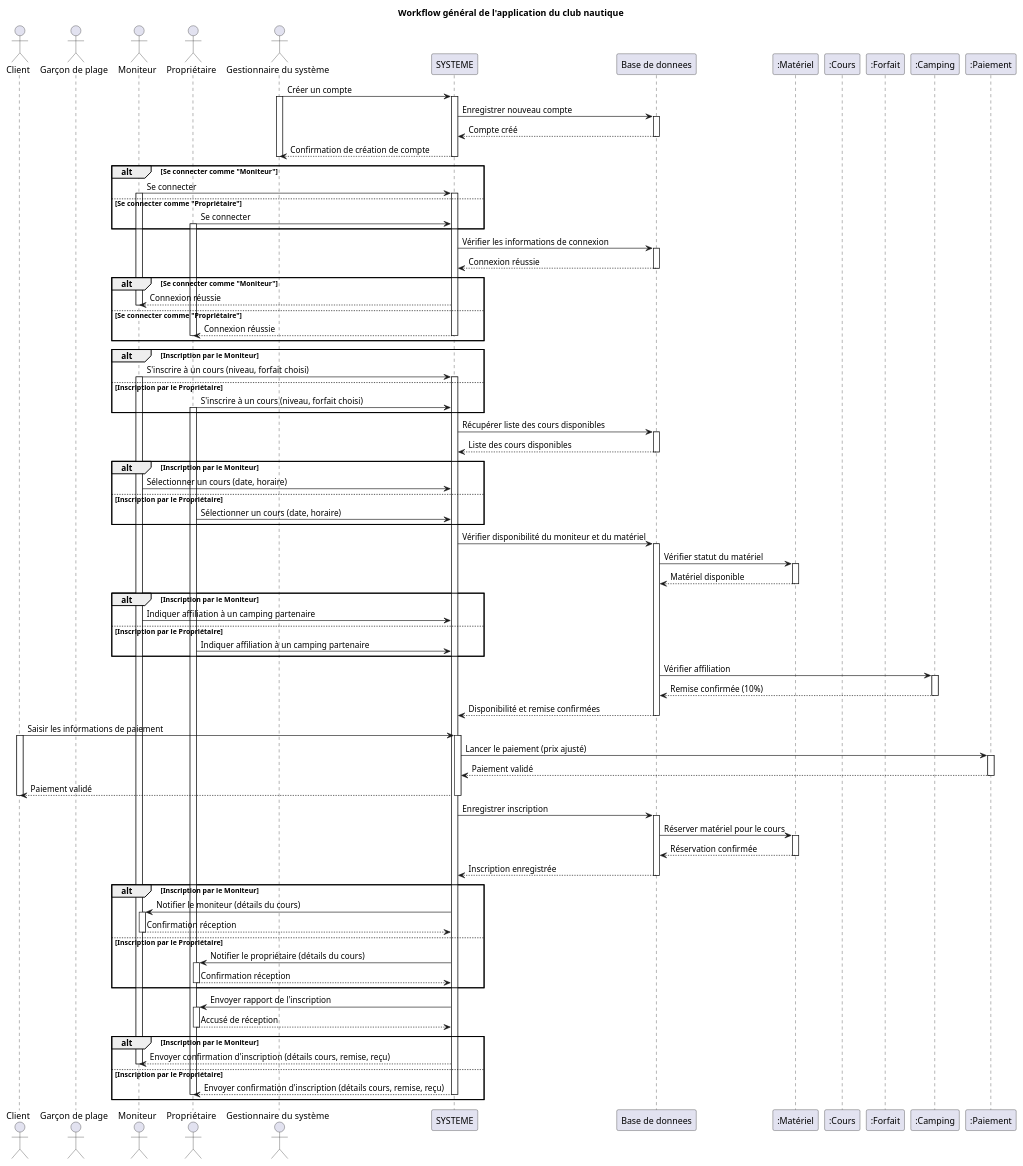
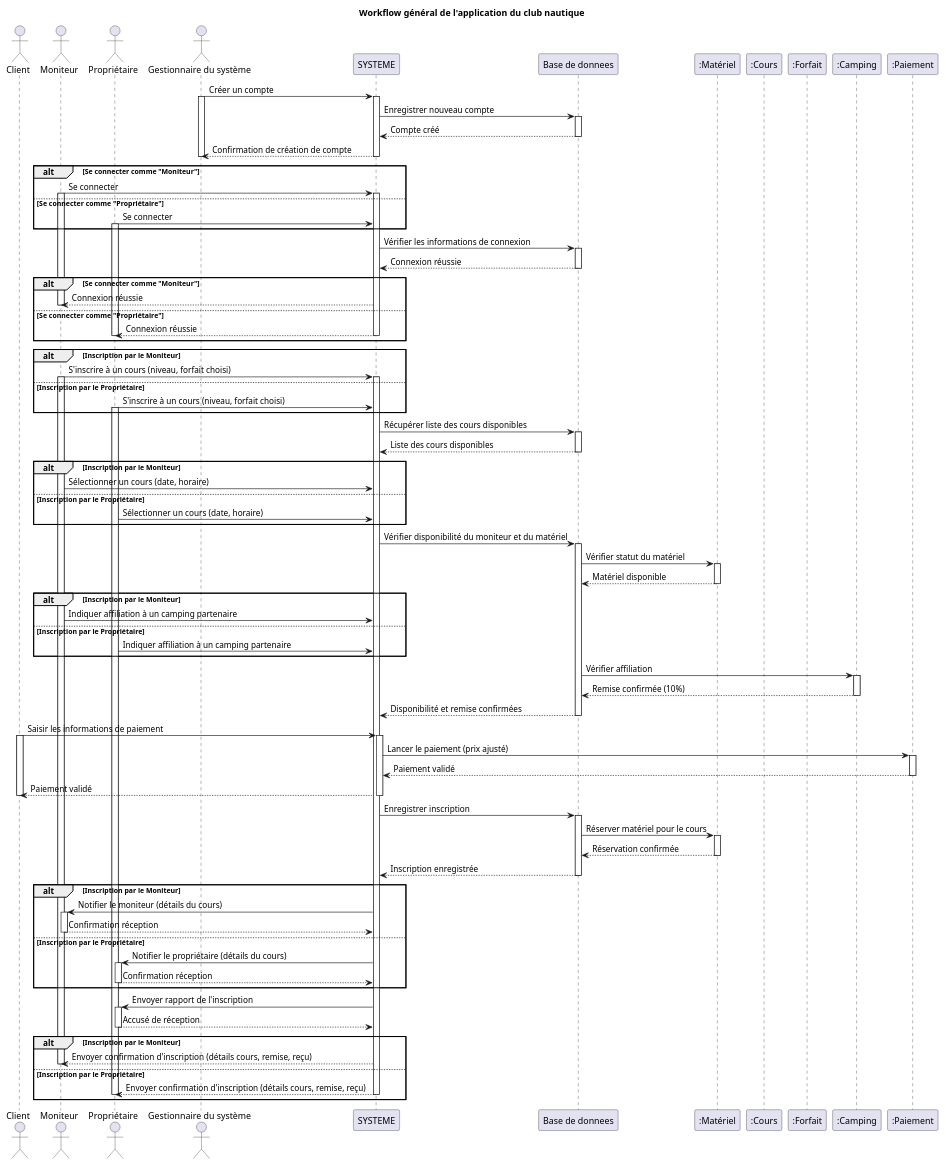
One commit to Hugo-COLLIN/MIAGE_CSI_NauticalClub changed the diagram in docs/1-analysis/sequenceDiagrams/workflowSequenceDiagram.puml. Above: the diagram before and after it, drawn with PlantUML.

Commit message:
docs: rm "Garçon De Plage"

```diff
--- a/docs/1-analysis/sequenceDiagrams/workflowSequenceDiagram.puml
+++ b/docs/1-analysis/sequenceDiagrams/workflowSequenceDiagram.puml
@@ -1,139 +1,138 @@
 @startuml
 actor Client as C
-actor "Garçon de plage" as G
 actor "Moniteur" as M
 actor "Propriétaire" as P
 actor "Gestionnaire du système" as A
 participant "SYSTEME" as App
 participant "Base de donnees" as DB
 participant ":Matériel" as Mat
 participant ":Cours" as Cour
 participant ":Forfait" as Forf
 participant ":Camping" as Camp
 participant ":Paiement" as Pay
 
 title Workflow général de l'application du club nautique
 
 A -> App : Créer un compte
 activate A
 activate App
 App -> DB : Enregistrer nouveau compte
 activate DB
 DB --> App : Compte créé
 deactivate DB
 App --> A : Confirmation de création de compte
 deactivate App
 deactivate A
 
 alt Se connecter comme "Moniteur"
     M -> App : Se connecter
     activate M
     activate App
 else Se connecter comme "Propriétaire"
     P -> App : Se connecter
     activate P
 end
 
 App -> DB : Vérifier les informations de connexion
     activate DB
     DB --> App : Connexion réussie
     deactivate DB
 
 alt Se connecter comme "Moniteur"
     App --> M : Connexion réussie
     deactivate M
 else Se connecter comme "Propriétaire"
     App --> P : Connexion réussie
     deactivate P
     deactivate App
 end
 
 alt Inscription par le Moniteur
     M -> App : S'inscrire à un cours (niveau, forfait choisi)
     activate M
     activate App
 else Inscription par le Propriétaire
     P -> App : S'inscrire à un cours (niveau, forfait choisi)
     activate P
 end
 
 activate App
 
 App -> DB : Récupérer liste des cours disponibles
 activate DB
 DB --> App : Liste des cours disponibles
 deactivate DB
 
 alt Inscription par le Moniteur
     M -> App : Sélectionner un cours (date, horaire)
 else Inscription par le Propriétaire
     P -> App : Sélectionner un cours (date, horaire)
 end
 
 App -> DB : Vérifier disponibilité du moniteur et du matériel
 activate DB
 DB -> Mat : Vérifier statut du matériel
 activate Mat
 Mat --> DB : Matériel disponible
 deactivate Mat
 
 alt Inscription par le Moniteur
     M -> App : Indiquer affiliation à un camping partenaire
 else Inscription par le Propriétaire
     P -> App : Indiquer affiliation à un camping partenaire
 end
 
 DB -> Camp : Vérifier affiliation
 activate Camp
 Camp --> DB : Remise confirmée (10%)
 deactivate Camp
 
 DB --> App : Disponibilité et remise confirmées
 deactivate DB
 
 C -> App : Saisir les informations de paiement
 activate C
 activate App
 App -> Pay : Lancer le paiement (prix ajusté)
 activate Pay
 Pay --> App : Paiement validé
 deactivate Pay
 App --> C : Paiement validé
 deactivate C
 deactivate App
 
 App -> DB : Enregistrer inscription
 activate DB
 DB -> Mat : Réserver matériel pour le cours
 activate Mat
 Mat --> DB : Réservation confirmée
 deactivate Mat
 DB --> App : Inscription enregistrée
 deactivate DB
 
 alt Inscription par le Moniteur
     App -> M : Notifier le moniteur (détails du cours)
     activate M
     M --> App : Confirmation réception
     deactivate M
 else Inscription par le Propriétaire
     App -> P : Notifier le propriétaire (détails du cours)
     activate P
     P --> App : Confirmation réception
     deactivate P
 end
 
 App -> P : Envoyer rapport de l'inscription
 activate P
 P --> App : Accusé de réception
 deactivate P
 
 alt Inscription par le Moniteur
     App --> M : Envoyer confirmation d'inscription (détails cours, remise, reçu)
     deactivate M
 else Inscription par le Propriétaire
     App --> P : Envoyer confirmation d'inscription (détails cours, remise, reçu)
     deactivate App
     deactivate P
 end
 @enduml
```
